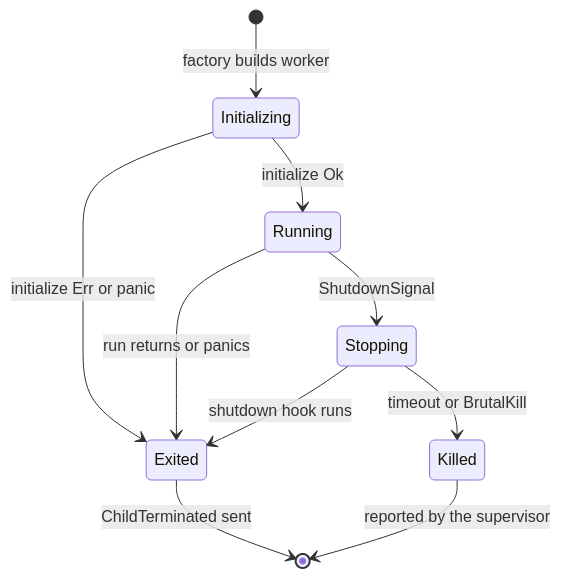
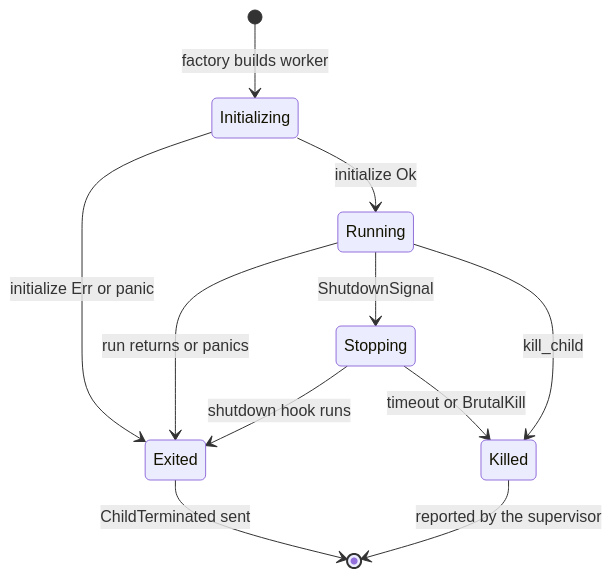
The second of 4 diagrams in architecture.md (ashforge-rs/ash-flare), drawn with Mermaid before and after one commit. The commit also changed other lines of this file and 6 other files, not shown here.

First line of the commit message:
docs: bring architecture, README and API docs up to date

````diff
--- a/architecture.md
+++ b/architecture.md
@@ -61,12 +73,13 @@
 ```mermaid
 stateDiagram-v2
     [*] --> Initializing: factory builds worker
     Initializing --> Running: initialize Ok
     Initializing --> Exited: initialize Err or panic
     Running --> Exited: run returns or panics
     Running --> Stopping: ShutdownSignal
     Stopping --> Exited: shutdown hook runs
     Stopping --> Killed: timeout or BrutalKill
+    Running --> Killed: kill_child
     Exited --> [*]: ChildTerminated sent
     Killed --> [*]: reported by the supervisor
 ```
````
